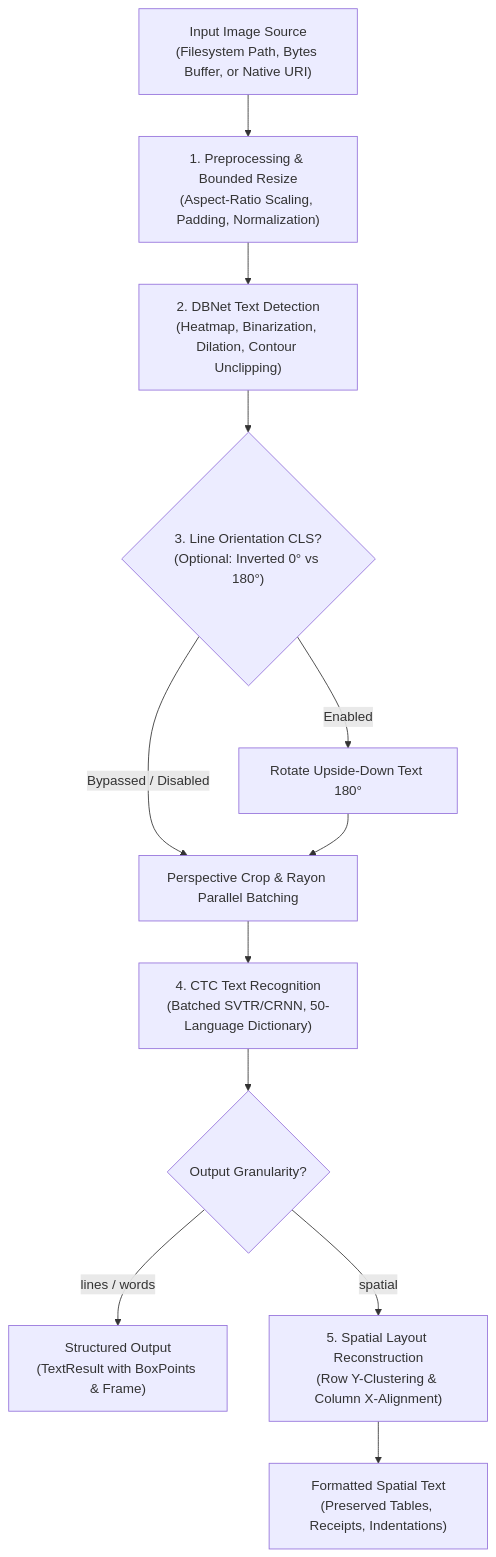
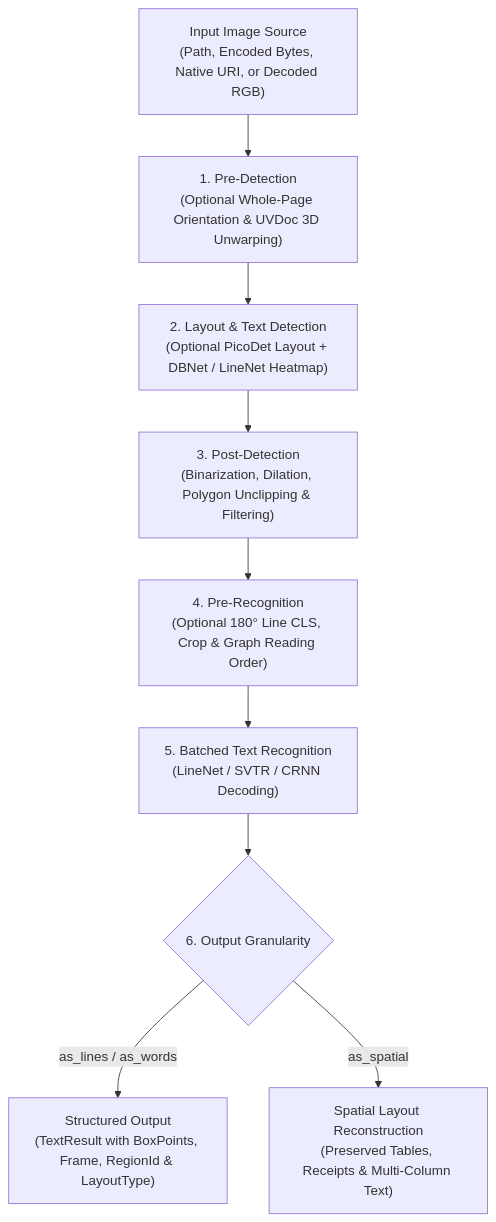
Before and after one commit to byrizki/rusto-rs: the diagram in docs/content/en/01.getting-started/1.introduction.md, drawn with Mermaid. The commit also changed other lines of this file and 193 other files, not shown here.

````diff
--- a/docs/content/en/01.getting-started/1.introduction.md
+++ b/docs/content/en/01.getting-started/1.introduction.md
@@ -20,14 +20,11 @@
 ```mermaid
 flowchart TD
-    A["Input Image Source<br/>(Filesystem Path, Bytes Buffer, or Native URI)"] --> B["1. Preprocessing & Bounded Resize<br/>(Aspect-Ratio Scaling, Padding, Normalization)"]
-    B --> C["2. DBNet Text Detection<br/>(Heatmap, Binarization, Dilation, Contour Unclipping)"]
-    C --> D{"3. Line Orientation CLS?<br/>(Optional: Inverted 0° vs 180°)"}
-    D -->|Enabled| E["Rotate Upside-Down Text 180°"]
-    D -->|Bypassed / Disabled| F["Perspective Crop & Rayon Parallel Batching"]
-    E --> F
-    F --> G["4. CTC Text Recognition<br/>(Batched SVTR/CRNN, 50-Language Dictionary)"]
-    G --> H{"Output Granularity?"}
-    H -->|lines / words| I["Structured Output<br/>(TextResult with BoxPoints & Frame)"]
-    H -->|spatial| J["5. Spatial Layout Reconstruction<br/>(Row Y-Clustering & Column X-Alignment)"]
-    J --> K["Formatted Spatial Text<br/>(Preserved Tables, Receipts, Indentations)"]
+    A["Input Image Source<br/>(Path, Encoded Bytes, Native URI, or Decoded RGB)"] --> B["1. Pre-Detection<br/>(Optional Whole-Page Orientation & UVDoc 3D Unwarping)"]
+    B --> C["2. Layout & Text Detection<br/>(Optional PicoDet Layout + DBNet / LineNet Heatmap)"]
+    C --> D["3. Post-Detection<br/>(Binarization, Dilation, Polygon Unclipping & Filtering)"]
+    D --> E["4. Pre-Recognition<br/>(Optional 180° Line CLS, Crop & Graph Reading Order)"]
+    E --> F["5. Batched Text Recognition<br/>(LineNet / SVTR / CRNN Decoding)"]
+    F --> G{"6. Output Granularity"}
+    G -->|"as_lines / as_words"| H["Structured Output<br/>(TextResult with BoxPoints, Frame, RegionId & LayoutType)"]
+    G -->|"as_spatial"| I["Spatial Layout Reconstruction<br/>(Preserved Tables, Receipts & Multi-Column Text)"]
 ```
````
